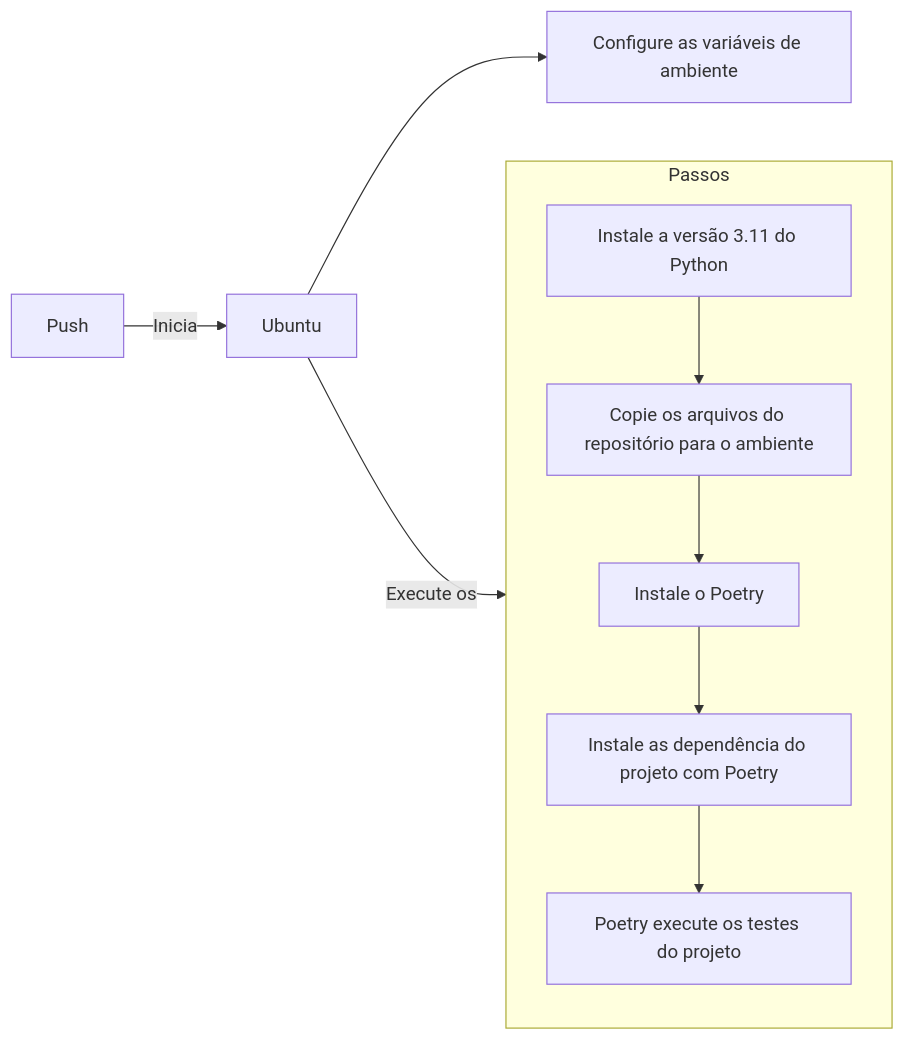
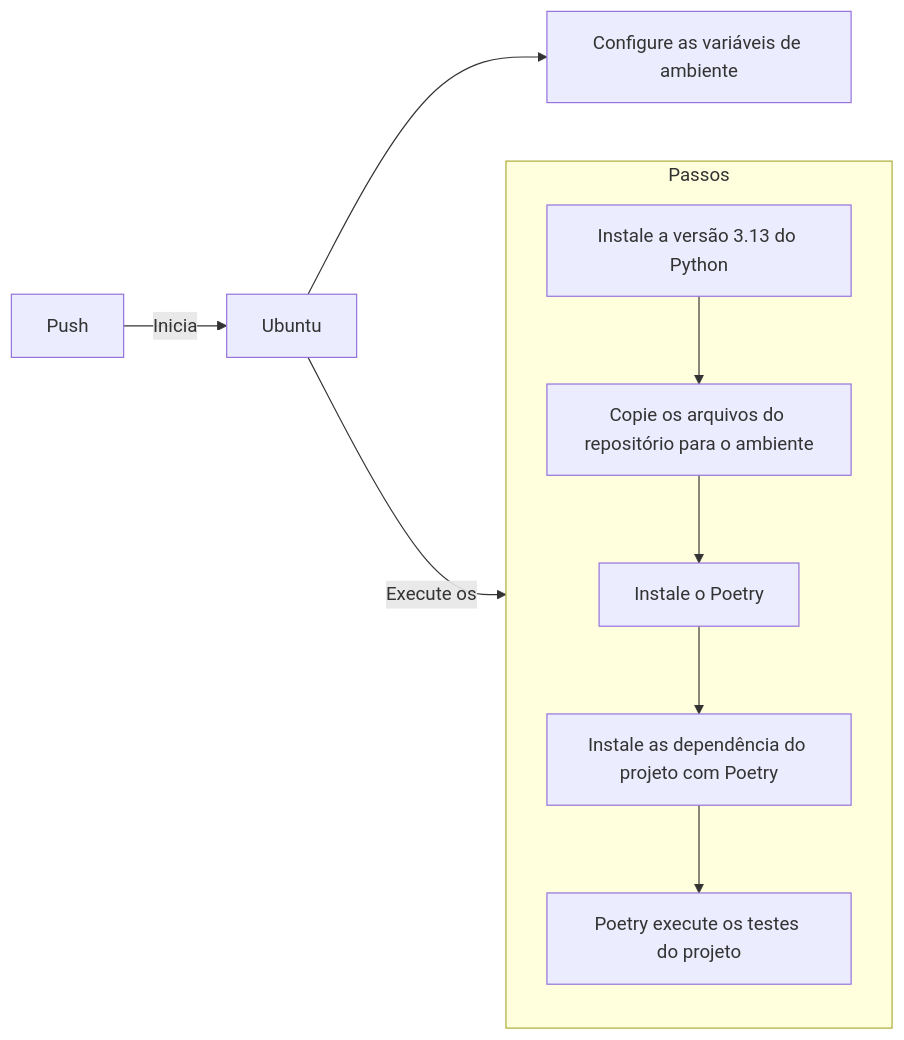
One commit to dunossauro/fastapi-do-zero changed the first of 2 diagrams in aulas/12.md. Above: the diagram before and after it, drawn with Mermaid. The commit also changed other lines of this file and 60 other files, not shown here.

````diff
--- a/aulas/12.md
+++ b/aulas/12.md
@@ -41,12 +41,12 @@
 ```mermaid
 flowchart LR
     Push -- Inicia --> Ubuntu
     Ubuntu -- Execute os --> Passos
 	Ubuntu --> Z[Configure as variáveis de ambiente]
 	subgraph Passos
-      A[Instale a versão 3.11 do Python] --> B[Copie os arquivos do repositório para o ambiente]
+      A[Instale a versão 3.13 do Python] --> B[Copie os arquivos do repositório para o ambiente]
 	  B --> C[Instale o Poetry]
 	  C --> D[Instale as dependência do projeto com Poetry]
 	  D --> E[Poetry execute os testes do projeto]
 	end
 ```
````
